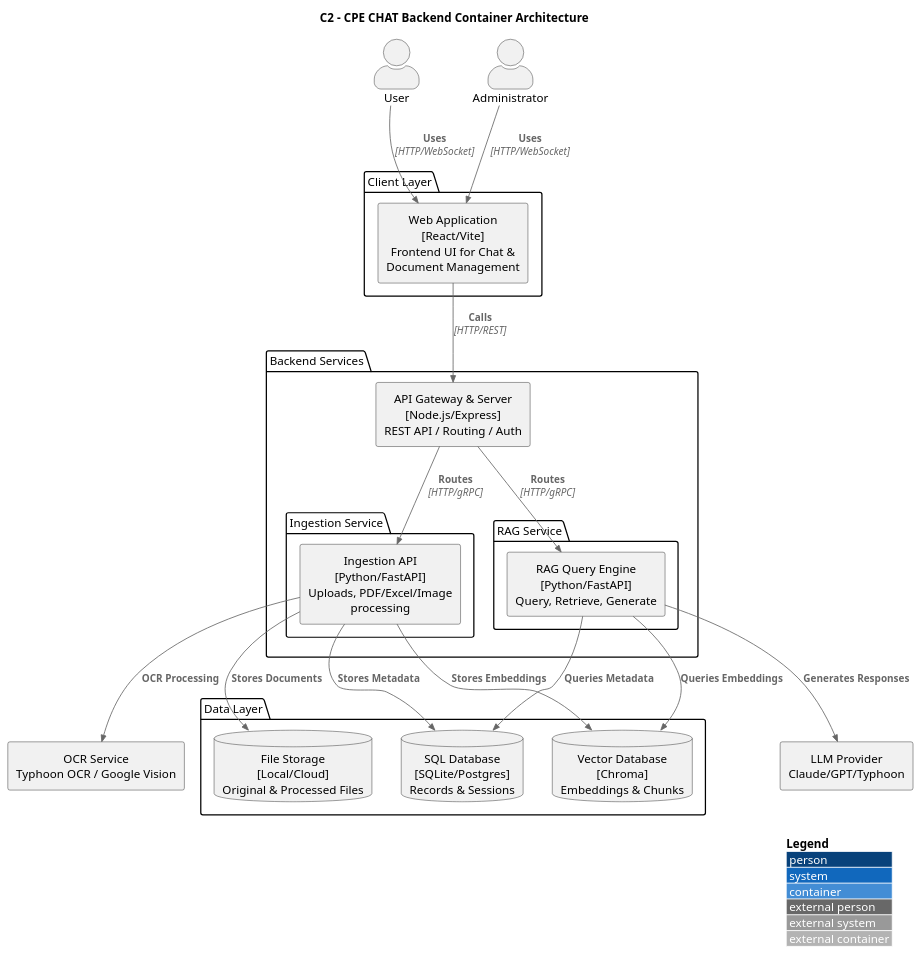
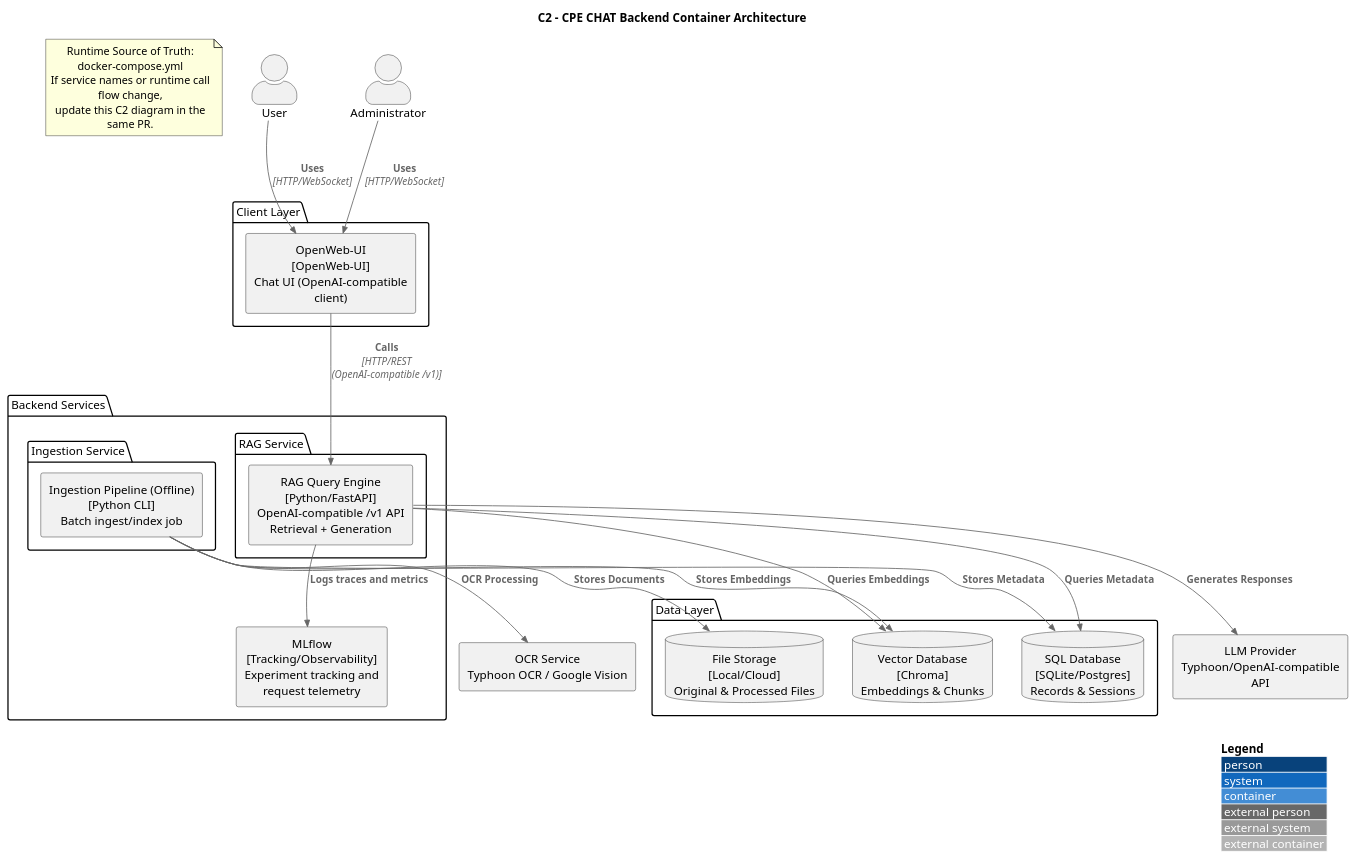
The second of 5 diagrams in docs/backend_c1_c4_diagram.puml (KKOIDF/CPE-CHAT-0.0.2), drawn with PlantUML before and after one commit. The commit also changed other lines of this file and 341 other files, not shown here.

```diff
--- a/docs/backend_c1_c4_diagram.puml
+++ b/docs/backend_c1_c4_diagram.puml
@@ -37,52 +37,57 @@
 @startuml Backend_C2_Container
 !include https://raw.githubusercontent.com/plantuml-stdlib/C4-PlantUML/master/C4_Container.puml
 
 LAYOUT_WITH_LEGEND()
 
 title C2 - CPE CHAT Backend Container Architecture
 
+note as c2_sot
+Runtime Source of Truth: docker-compose.yml
+If service names or runtime call flow change,
+update this C2 diagram in the same PR.
+end note
+
 actor "User" as user
 actor "Administrator" as admin
 
 package "Client Layer" as client_boundary {
-    rectangle "Web Application\n[React/Vite]\nFrontend UI for Chat & Document Management" as web_app
+    rectangle "OpenWeb-UI\n[OpenWeb-UI]\nChat UI (OpenAI-compatible client)" as web_app
 }
 
 package "Backend Services" as backend_boundary {
-    rectangle "API Gateway & Server\n[Node.js/Express]\nREST API / Routing / Auth" as api_server
-    
     package "Ingestion Service" as ingestion_svc_boundary {
-        rectangle "Ingestion API\n[Python/FastAPI]\nUploads, PDF/Excel/Image processing" as ingestion_api
+        rectangle "Ingestion Pipeline (Offline)\n[Python CLI]\nBatch ingest/index job" as ingestion_api
     }
     
     package "RAG Service" as rag_svc_boundary {
-        rectangle "RAG Query Engine\n[Python/FastAPI]\nQuery, Retrieve, Generate" as rag_api
+        rectangle "RAG Query Engine\n[Python/FastAPI]\nOpenAI-compatible /v1 API\nRetrieval + Generation" as rag_api
     }
+
+    rectangle "MLflow\n[Tracking/Observability]\nExperiment tracking and request telemetry" as mlflow
 }
 
 package "Data Layer" as data_boundary {
     database "Vector Database\n[Chroma]\nEmbeddings & Chunks" as vector_db
     database "SQL Database\n[SQLite/Postgres]\nRecords & Sessions" as sql_db
     database "File Storage\n[Local/Cloud]\nOriginal & Processed Files" as file_storage
 }
 
-rectangle "LLM Provider\nClaude/GPT/Typhoon" as external_llm
+rectangle "LLM Provider\nTyphoon/OpenAI-compatible API" as external_llm
 rectangle "OCR Service\nTyphoon OCR / Google Vision" as external_ocr
 
 Rel(user, web_app, "Uses", "HTTP/WebSocket")
 Rel(admin, web_app, "Uses", "HTTP/WebSocket")
 
-Rel(web_app, api_server, "Calls", "HTTP/REST")
-Rel(api_server, ingestion_api, "Routes", "HTTP/gRPC")
-Rel(api_server, rag_api, "Routes", "HTTP/gRPC")
+Rel(web_app, rag_api, "Calls", "HTTP/REST (OpenAI-compatible /v1)")
 
 Rel(ingestion_api, vector_db, "Stores Embeddings")
 Rel(ingestion_api, sql_db, "Stores Metadata")
 Rel(ingestion_api, file_storage, "Stores Documents")
 Rel(ingestion_api, external_ocr, "OCR Processing")
 
 Rel(rag_api, vector_db, "Queries Embeddings")
 Rel(rag_api, sql_db, "Queries Metadata")
 Rel(rag_api, external_llm, "Generates Responses")
+Rel(rag_api, mlflow, "Logs traces and metrics")
 
 @enduml
```
